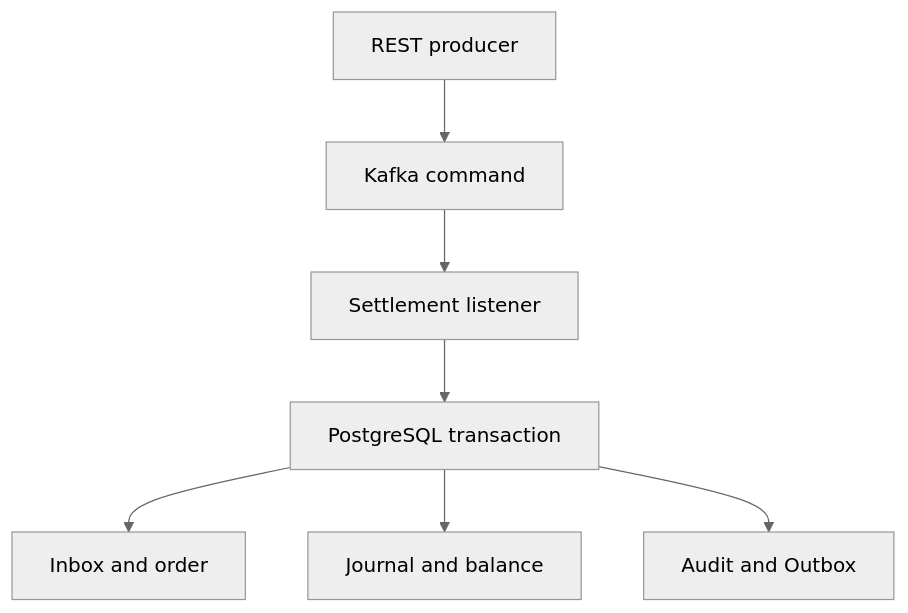
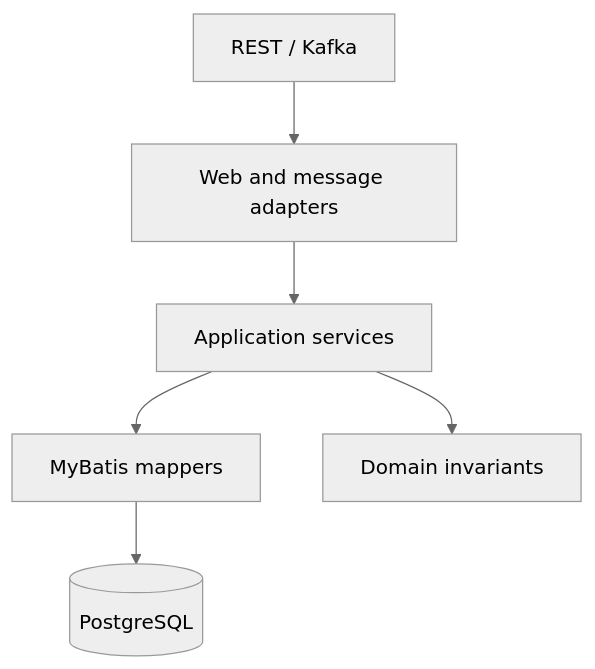
One commit to soldierking04d/fincore-reliability-lab changed the diagram in README.en.md. Above: the diagram before and after it, drawn with Mermaid (neutral theme). The commit also changed other lines of this file and 42 other files, not shown here.

````diff
--- a/README.en.md
+++ b/README.en.md
@@ -81,9 +84,8 @@
 ```mermaid
 flowchart TD
-    A[REST producer] --> B[Kafka command]
-    B --> C[Settlement listener]
-    C --> D[PostgreSQL transaction]
-    D --> E[Inbox and order]
-    D --> F[Journal and balance]
-    D --> G[Audit and Outbox]
+    A[REST / Kafka] --> B[Web and message adapters]
+    B --> C[Application services]
+    C --> D[MyBatis mappers]
+    D --> E[(PostgreSQL)]
+    C --> F[Domain invariants]
 ```
````
